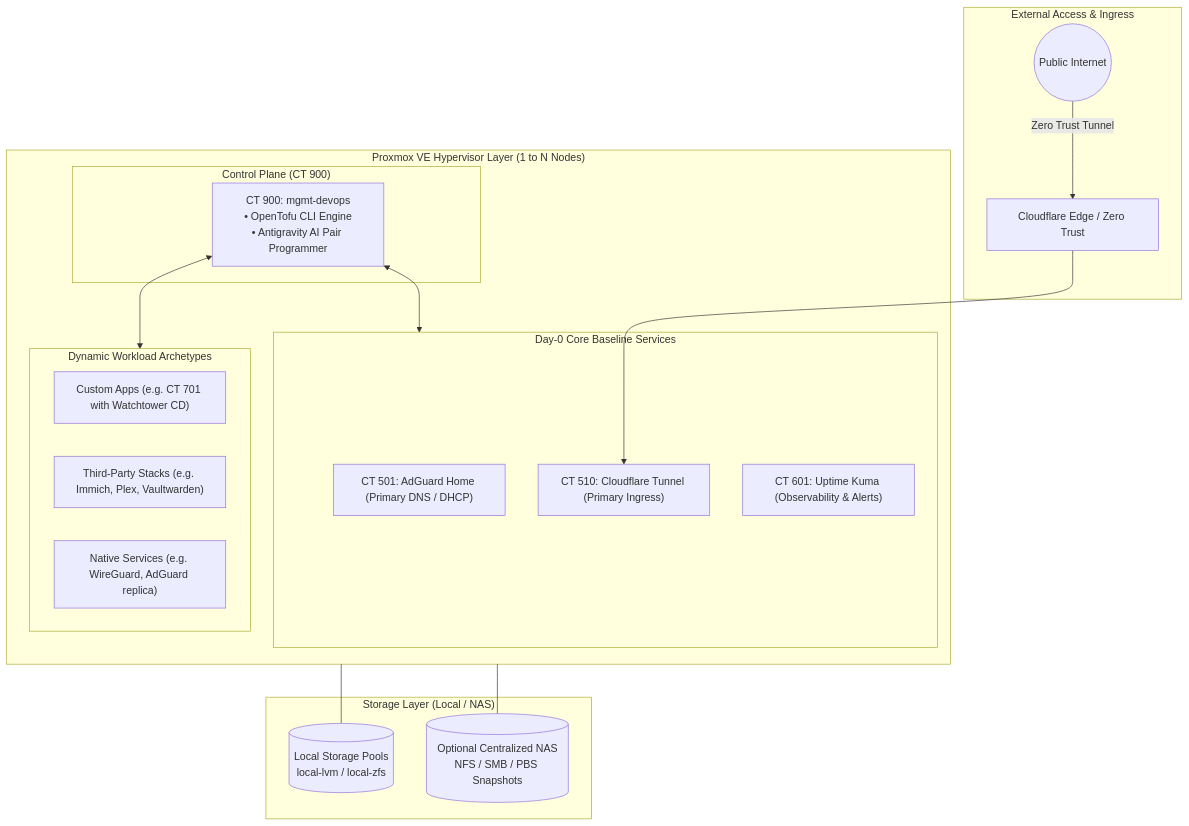
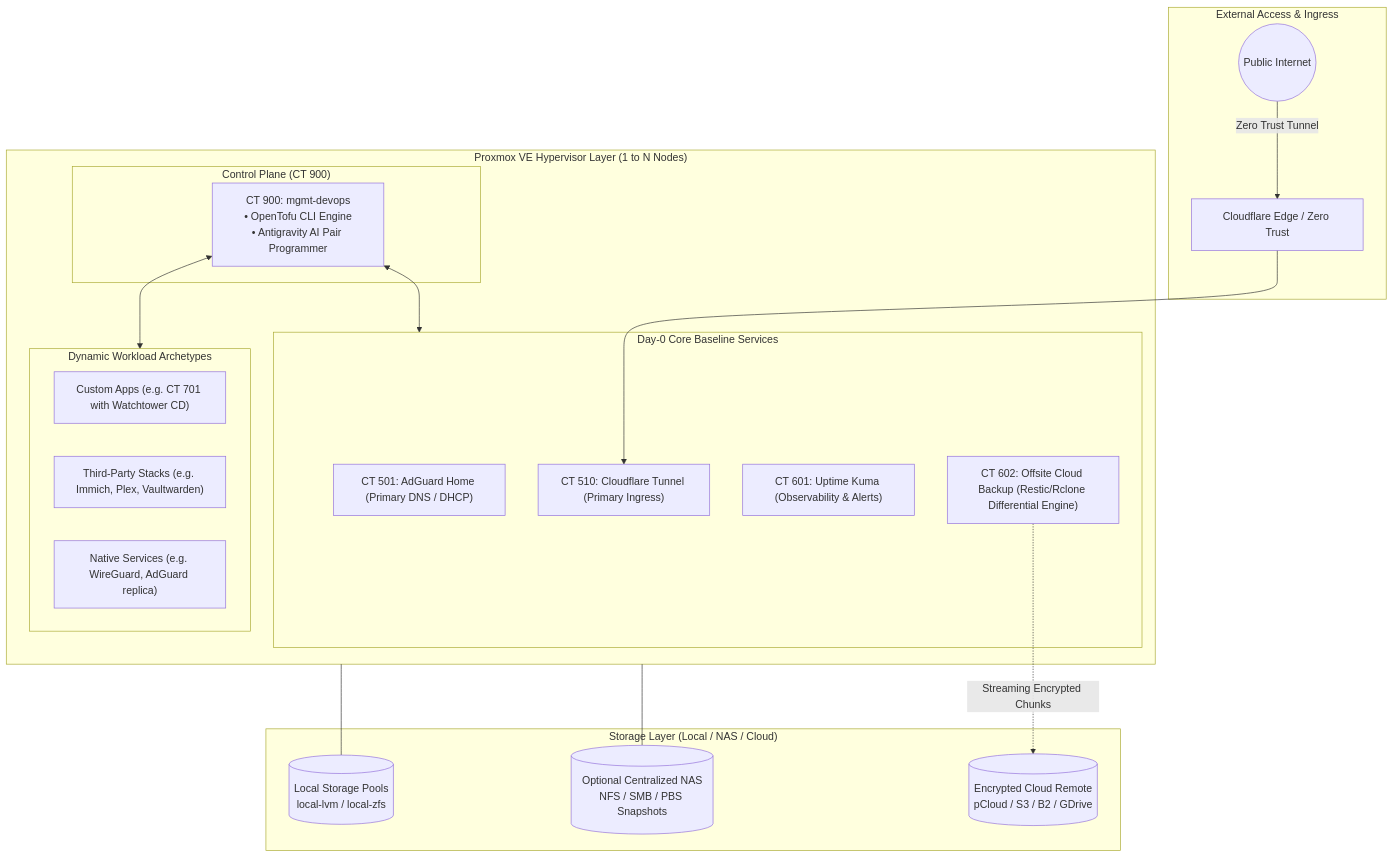
One commit to lambertaurelle/agentic-homelab-iac changed the first of 2 diagrams in docs/ARCHITECTURE.md. Above: the diagram before and after it, drawn with Mermaid. The commit also changed other lines of this file and 21 other files, not shown here.

Commit message:
feat(backup): add CT 602 offsite cloud backup as core baseline service and enable subagent write tools (#2)

````diff
--- a/docs/ARCHITECTURE.md
+++ b/docs/ARCHITECTURE.md
@@ -11,38 +11,41 @@
 ```mermaid
 graph TB
     subgraph WAN ["External Access & Ingress"]
         Internet(("Public Internet"))
         CF["Cloudflare Edge / Zero Trust"]
     end
 
     subgraph Cluster ["Proxmox VE Hypervisor Layer (1 to N Nodes)"]
         subgraph ControlPlane ["Control Plane (CT 900)"]
             CT900["CT 900: mgmt-devops<br/>• OpenTofu CLI Engine<br/>• Antigravity AI Pair Programmer"]
         end
 
         subgraph CoreBaseline ["Day-0 Core Baseline Services"]
             CT501["CT 501: AdGuard Home (Primary DNS / DHCP)"]
             CT510["CT 510: Cloudflare Tunnel (Primary Ingress)"]
             CT601["CT 601: Uptime Kuma (Observability & Alerts)"]
+            CT602["CT 602: Offsite Cloud Backup (Restic/Rclone Differential Engine)"]
         end
 
         subgraph DynamicWorkloads ["Dynamic Workload Archetypes"]
             App1["Custom Apps (e.g. CT 701 with Watchtower CD)"]
             App2["Third-Party Stacks (e.g. Immich, Plex, Vaultwarden)"]
             App3["Native Services (e.g. WireGuard, AdGuard replica)"]
         end
     end
 
-    subgraph StorageLayer ["Storage Layer (Local / NAS)"]
+    subgraph StorageLayer ["Storage Layer (Local / NAS / Cloud)"]
         LocalStorage[("Local Storage Pools<br/>local-lvm / local-zfs")]
         SharedNAS[("Optional Centralized NAS<br/>NFS / SMB / PBS Snapshots")]
+        CloudRemote[("Encrypted Cloud Remote<br/>pCloud / S3 / B2 / GDrive")]
     end
 
     Internet -->|Zero Trust Tunnel| CF
     CF --> CT510
     CT900 <--> CoreBaseline
     CT900 <--> DynamicWorkloads
 
     Cluster --- LocalStorage
     Cluster --- SharedNAS
+    CT602 -.->|Streaming Encrypted Chunks| CloudRemote
 ```
````
